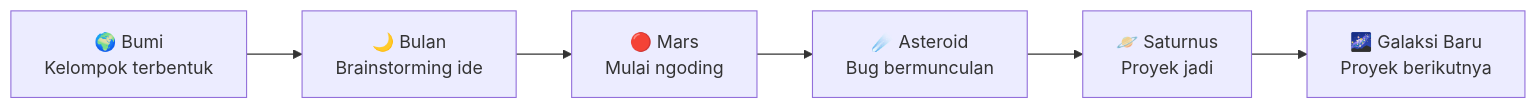
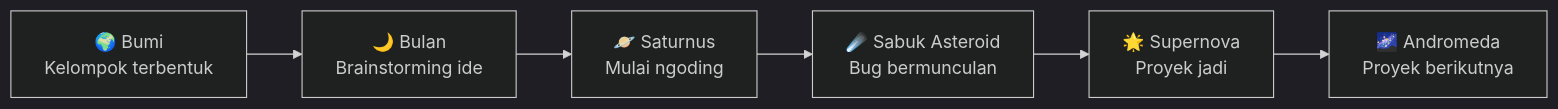
One commit to RPLUNIT052026/Kelompok-5-spring-1 changed the diagram in README.md. Above: the diagram before and after it, drawn with Mermaid. The commit also changed other lines of this file, not shown here.

````diff
--- a/README.md
+++ b/README.md
@@ -159,8 +159,9 @@
 ```mermaid
+%%{init: {'theme':'dark'}}%%
 flowchart LR
     A["🌍 Bumi<br/>Kelompok terbentuk"] --> B["🌙 Bulan<br/>Brainstorming ide"]
-    B --> C["🔴 Mars<br/>Mulai ngoding"]
-    C --> D["☄️ Asteroid<br/>Bug bermunculan"]
-    D --> E["🪐 Saturnus<br/>Proyek jadi"]
-    E --> F["🌌 Galaksi Baru<br/>Proyek berikutnya"]
+    B --> C["🪐 Saturnus<br/>Mulai ngoding"]
+    C --> D["☄️ Sabuk Asteroid<br/>Bug bermunculan"]
+    D --> E["🌟 Supernova<br/>Proyek jadi"]
+    E --> F["🌌 Andromeda<br/>Proyek berikutnya"]
 ```
````
